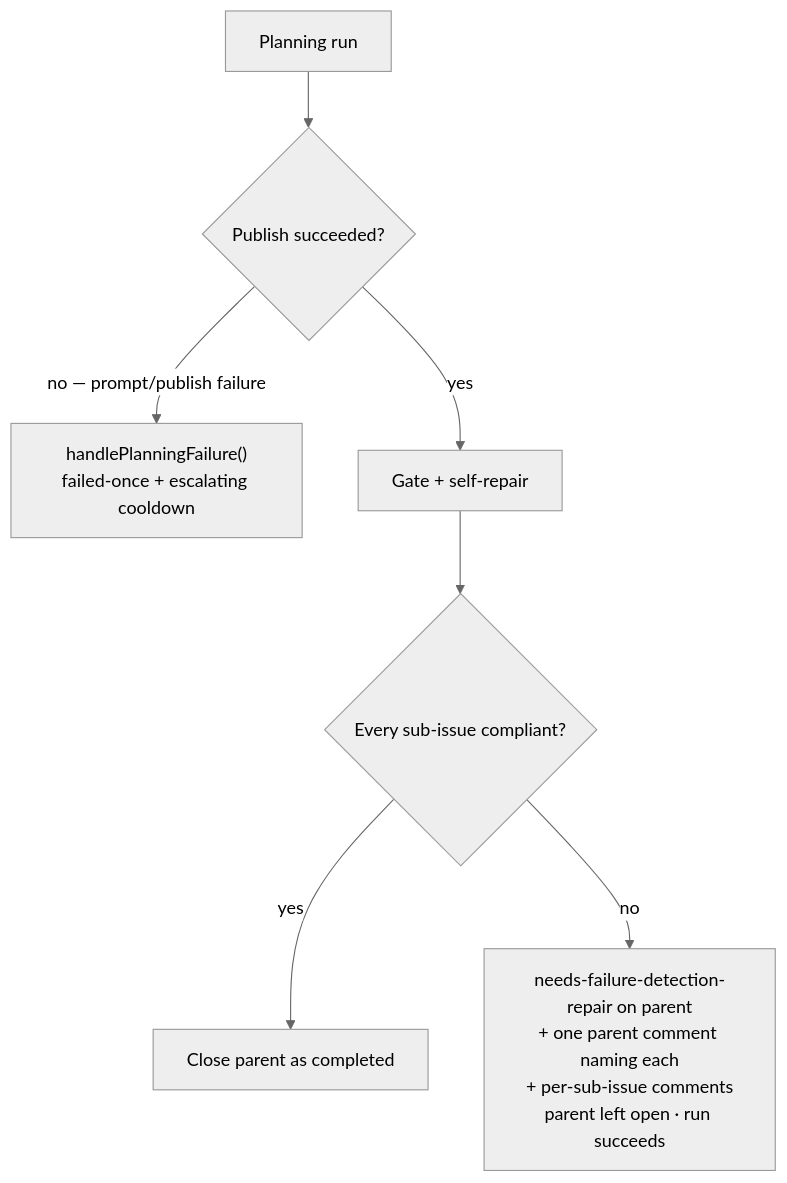
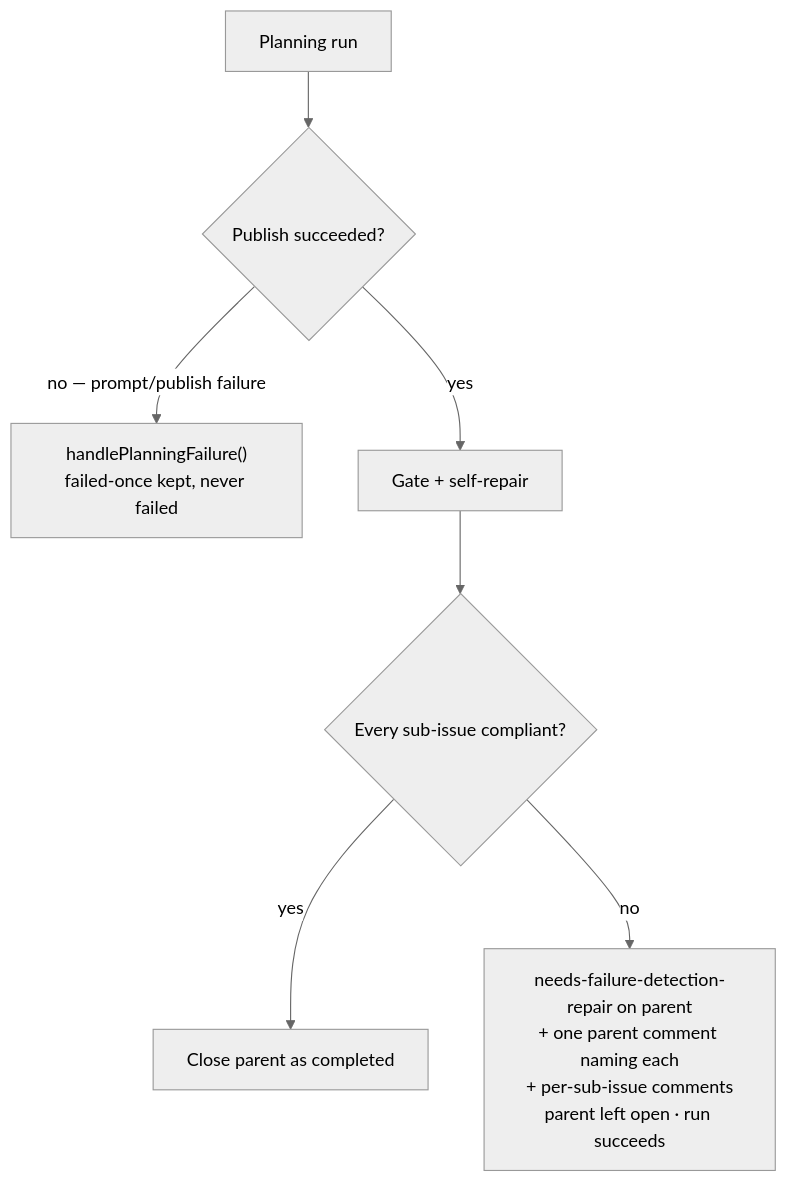
One commit to stSoftwareAU/VibeCoder changed the third of 12 diagrams in docs/workflows/planning-and-questions.md. Above: the diagram before and after it, drawn with Mermaid (neutral theme). The commit also changed other lines of this file and 1 other file, not shown here.

Commit message:
docs: planning failures record no cooldown; drop the claim (Issue #5318)
handlePlanningFailure() only calls handleIssueFailure and releaseClaim;
the planning route records and checks no cooldown. State only failed-once
kept, unassign, never failed, and split planning out of the summary's
cooldown diagram.

````diff
--- a/docs/workflows/planning-and-questions.md
+++ b/docs/workflows/planning-and-questions.md
@@ -347,9 +347,9 @@
 ```mermaid
 flowchart TD
     A[Planning run] --> B{Publish succeeded?}
-    B -->|no — prompt/publish failure| C["handlePlanningFailure()<br/>failed-once + escalating cooldown"]
+    B -->|no — prompt/publish failure| C["handlePlanningFailure()<br/>failed-once kept, never failed"]
     B -->|yes| D[Gate + self-repair]
     D --> E{Every sub-issue compliant?}
     E -->|yes| F[Close parent as completed]
     E -->|no| G["needs-failure-detection-repair on parent<br/>+ one parent comment naming each<br/>+ per-sub-issue comments<br/>parent left open · run succeeds"]
 ```
````
